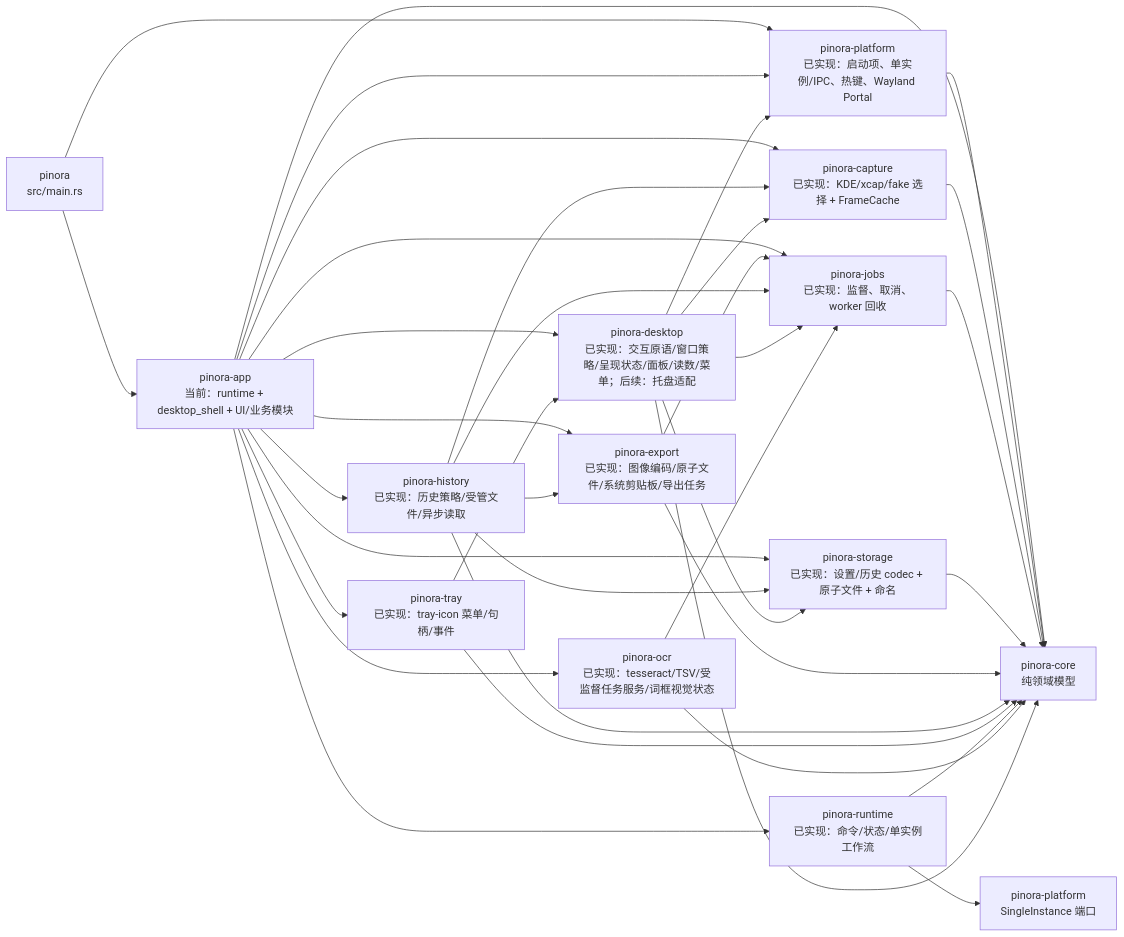
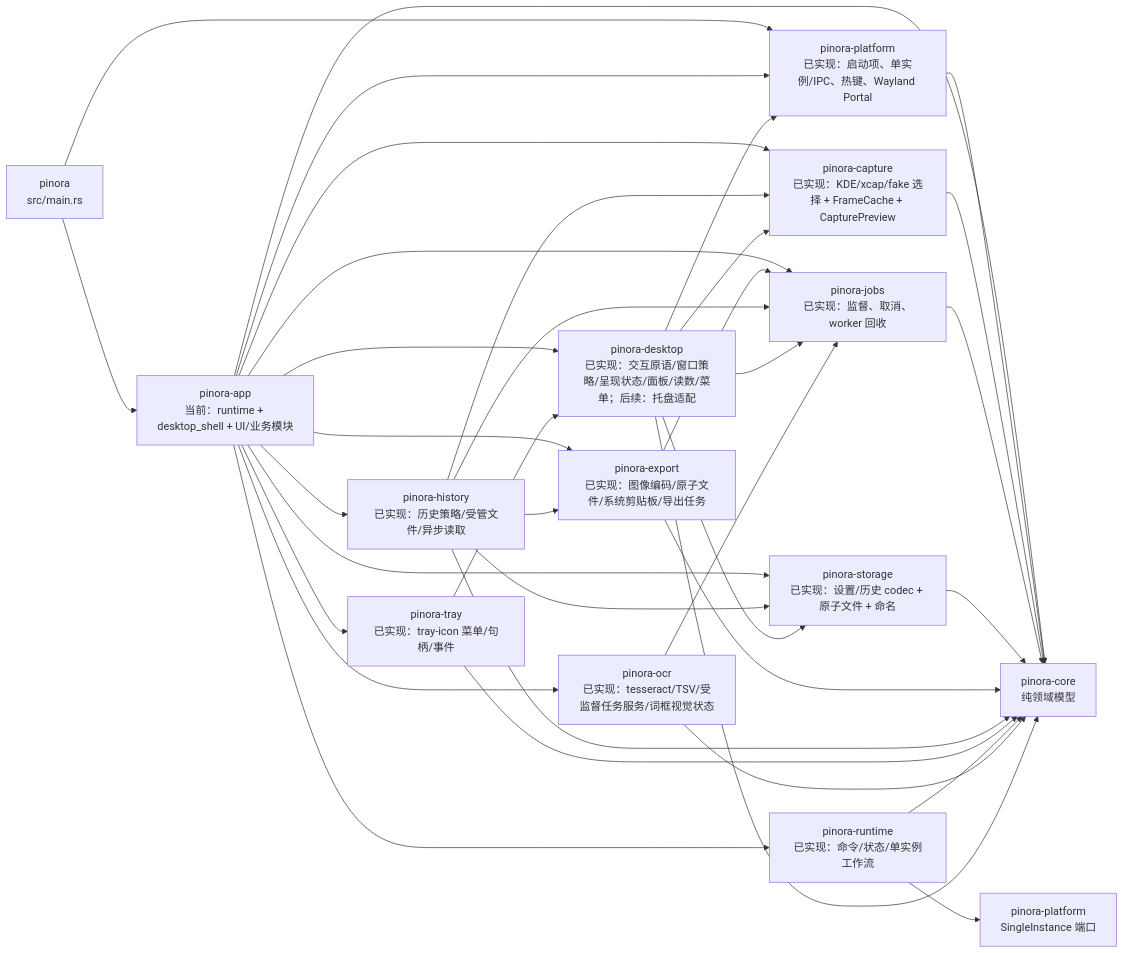
One commit to yhyzgn/pinora changed the third of 23 diagrams in docs/Pinora-开发设计文档.md. Above: the diagram before and after it, drawn with Mermaid. The commit also changed other lines of this file and 10 other files, not shown here.

First line of the commit message:
refactor(capture): isolate preview frame contract

````diff
--- a/docs/Pinora-开发设计文档.md
+++ b/docs/Pinora-开发设计文档.md
@@ -236,39 +236,39 @@
 ```mermaid
 flowchart LR
     Main["pinora\nsrc/main.rs"] --> App["pinora-app\n当前：runtime + desktop_shell + UI/业务模块"]
     Main --> Platform["pinora-platform\n已实现：启动项、单实例/IPC、热键、Wayland Portal"]
     App --> Platform
     App --> Core["pinora-core\n纯领域模型"]
     Platform --> Core
 
-    App --> CaptureNow["pinora-capture\n已实现：KDE/xcap/fake 选择 + FrameCache"]
+    App --> CaptureNow["pinora-capture\n已实现：KDE/xcap/fake 选择 + FrameCache + CapturePreview"]
     CaptureNow --> Core
     App --> JobsNow["pinora-jobs\n已实现：监督、取消、worker 回收"]
     JobsNow --> Core
     App --> StorageNow["pinora-storage\n已实现：设置/历史 codec + 原子文件 + 命名"]
     StorageNow --> Core
     App --> Desktop["pinora-desktop\n已实现：交互原语/窗口策略/呈现状态/面板/读数/菜单；后续：托盘适配"]
     App --> ExportNow["pinora-export\n已实现：图像编码/原子文件/系统剪贴板/导出任务"]
     ExportNow --> Core
     ExportNow --> JobsNow
     App --> HistoryNow["pinora-history\n已实现：历史策略/受管文件/异步读取"]
     HistoryNow --> Core
     HistoryNow --> StorageNow
     HistoryNow --> CaptureNow
     HistoryNow --> JobsNow
     HistoryNow --> ExportNow
     App --> TrayNow["pinora-tray\n已实现：tray-icon 菜单/句柄/事件"]
     TrayNow --> Core
     TrayNow --> Desktop
     App --> RuntimeNow["pinora-runtime\n已实现：命令/状态/单实例工作流"]
     RuntimeNow --> Core
     RuntimeNow --> PlatformNow["pinora-platform\nSingleInstance 端口"]
     App --> Ocr["pinora-ocr\n已实现：tesseract/TSV/受监督任务服务/词框视觉状态"]
     Ocr --> Core
     Desktop --> Core
     Desktop --> Platform
     Desktop --> CaptureNow
     Desktop --> JobsNow
     Desktop --> StorageNow
     Ocr --> JobsNow
 ```
````
